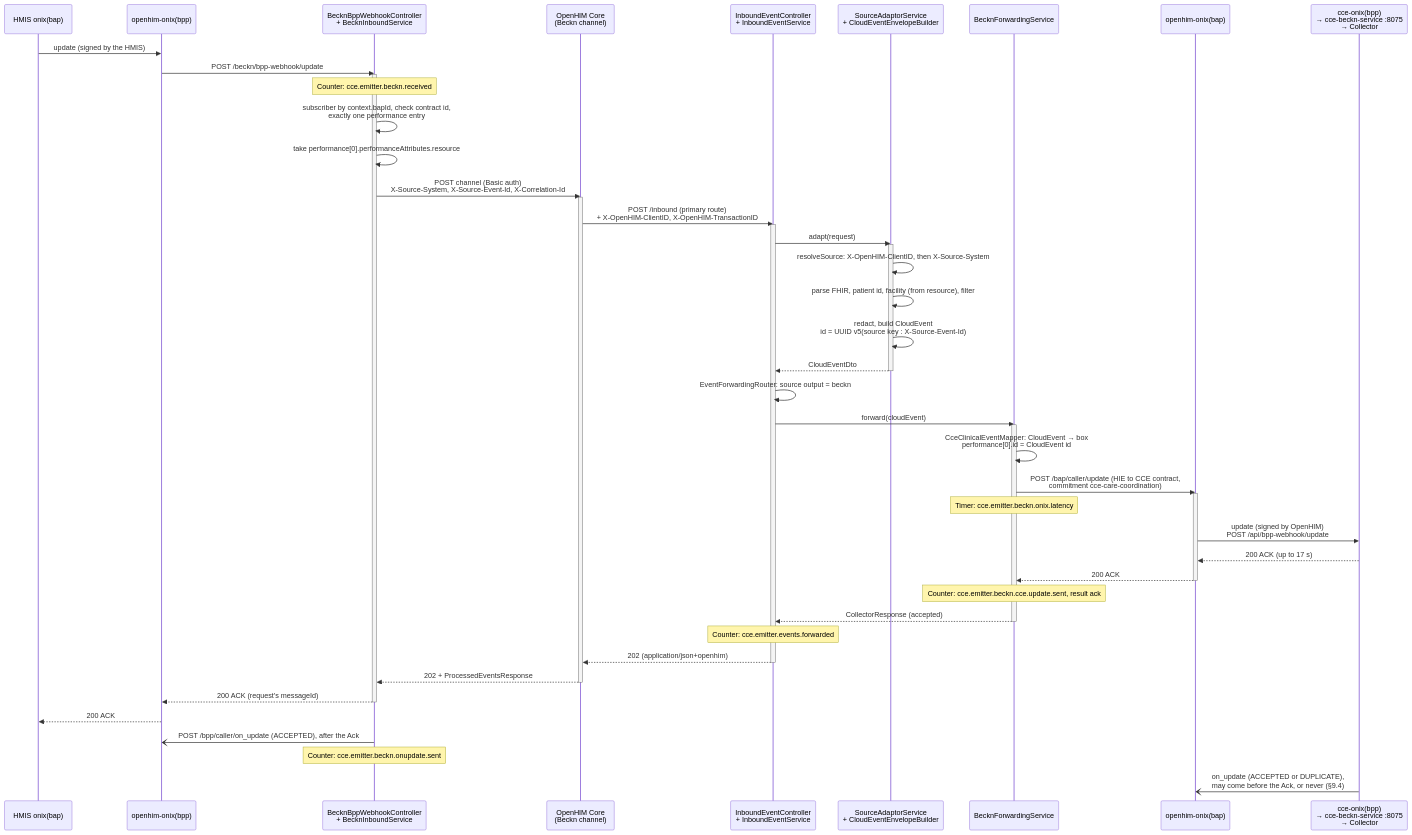
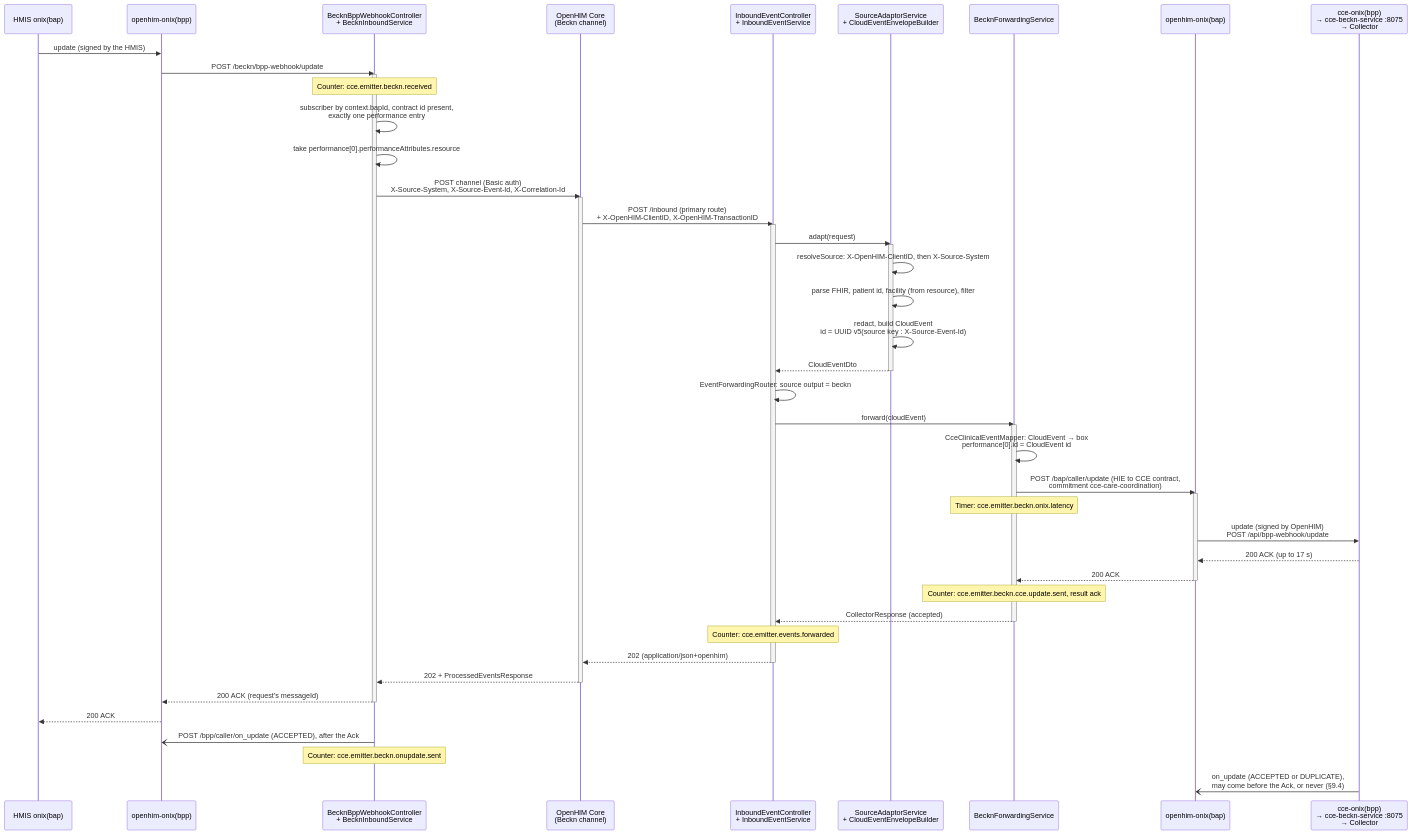
Before and after one commit to openphc/openhim-cce-emitter-adaptor: the ninth of 12 diagrams in docs/flow-diagrams.md, drawn with Mermaid. The commit also changed other lines of this file and 17 other files, not shown here.

````diff
--- a/docs/flow-diagrams.md
+++ b/docs/flow-diagrams.md
@@ -368,55 +368,55 @@
 ```mermaid
 sequenceDiagram
     participant HB as HMIS onix(bap)
     participant BPP as openhim-onix(bpp)
     participant BW as BecknBppWebhookController<br/>+ BecknInboundService
     participant OHC as OpenHIM Core<br/>(Beckn channel)
     participant IN as InboundEventController<br/>+ InboundEventService
     participant SA as SourceAdaptorService<br/>+ CloudEventEnvelopeBuilder
     participant BF as BecknForwardingService
     participant BAP as openhim-onix(bap)
     participant CCE as cce-onix(bpp)<br/>→ cce-beckn-service :8075<br/>→ Collector
 
     HB->>BPP: update (signed by the HMIS)
     BPP->>BW: POST /beckn/bpp-webhook/update
     activate BW
     Note over BW: Counter: cce.emitter.beckn.received
-    BW->>BW: subscriber by context.bapId, check contract id,<br/>exactly one performance entry
+    BW->>BW: subscriber by context.bapId, contract id present,<br/>exactly one performance entry
     BW->>BW: take performance[0].performanceAttributes.resource
     BW->>OHC: POST channel (Basic auth)<br/>X-Source-System, X-Source-Event-Id, X-Correlation-Id
     activate OHC
     OHC->>IN: POST /inbound (primary route)<br/>+ X-OpenHIM-ClientID, X-OpenHIM-TransactionID
     activate IN
     IN->>SA: adapt(request)
     activate SA
     SA->>SA: resolveSource: X-OpenHIM-ClientID, then X-Source-System
     SA->>SA: parse FHIR, patient id, facility (from resource), filter
     SA->>SA: redact, build CloudEvent<br/>id = UUID v5(source key : X-Source-Event-Id)
     SA-->>IN: CloudEventDto
     deactivate SA
     IN->>IN: EventForwardingRouter: source output = beckn
     IN->>BF: forward(cloudEvent)
     activate BF
     BF->>BF: CceClinicalEventMapper: CloudEvent → box<br/>performance[0].id = CloudEvent id
     BF->>BAP: POST /bap/caller/update (HIE to CCE contract,<br/>commitment cce-care-coordination)
     activate BAP
     Note over BF: Timer: cce.emitter.beckn.onix.latency
     BAP->>CCE: update (signed by OpenHIM)<br/>POST /api/bpp-webhook/update
     CCE-->>BAP: 200 ACK (up to 17 s)
     BAP-->>BF: 200 ACK
     deactivate BAP
     Note over BF: Counter: cce.emitter.beckn.cce.update.sent, result ack
     BF-->>IN: CollectorResponse (accepted)
     deactivate BF
     Note over IN: Counter: cce.emitter.events.forwarded
     IN-->>OHC: 202 (application/json+openhim)
     deactivate IN
     OHC-->>BW: 202 + ProcessedEventsResponse
     deactivate OHC
     BW-->>BPP: 200 ACK (request's messageId)
     deactivate BW
     BPP-->>HB: 200 ACK
     BW-)BPP: POST /bpp/caller/on_update (ACCEPTED), after the Ack
     Note over BW: Counter: cce.emitter.beckn.onupdate.sent
     CCE-)BAP: on_update (ACCEPTED or DUPLICATE),<br/>may come before the Ack, or never (§9.4)
 ```
````
